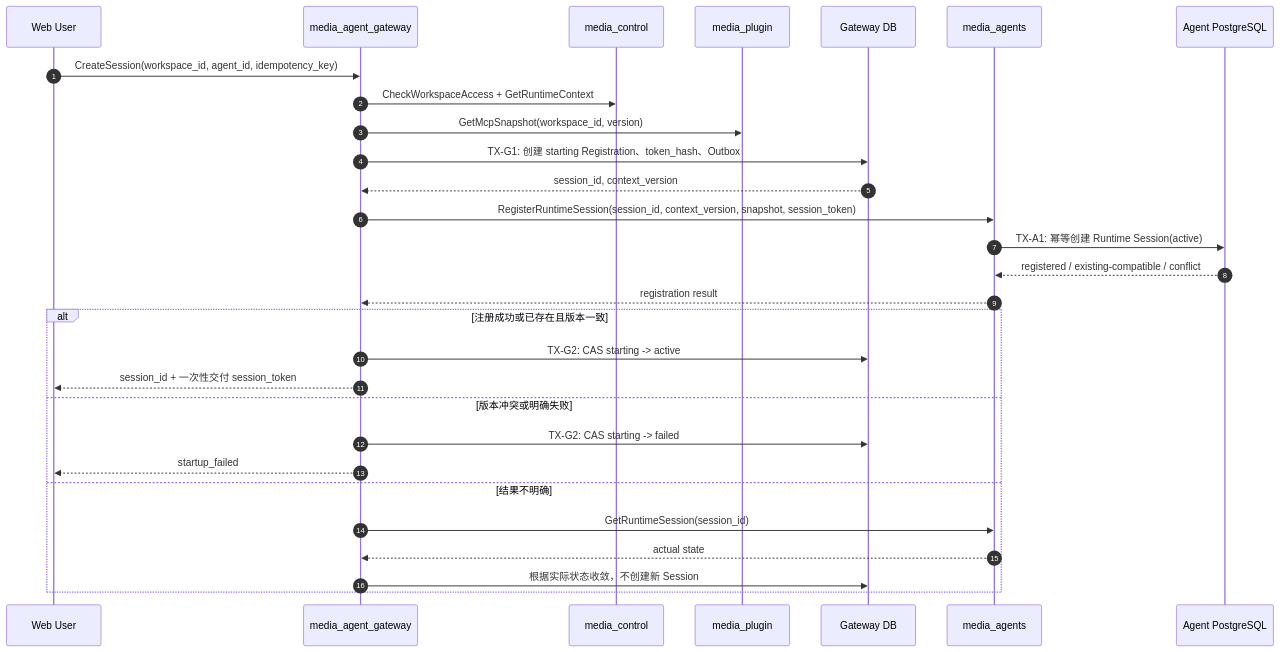
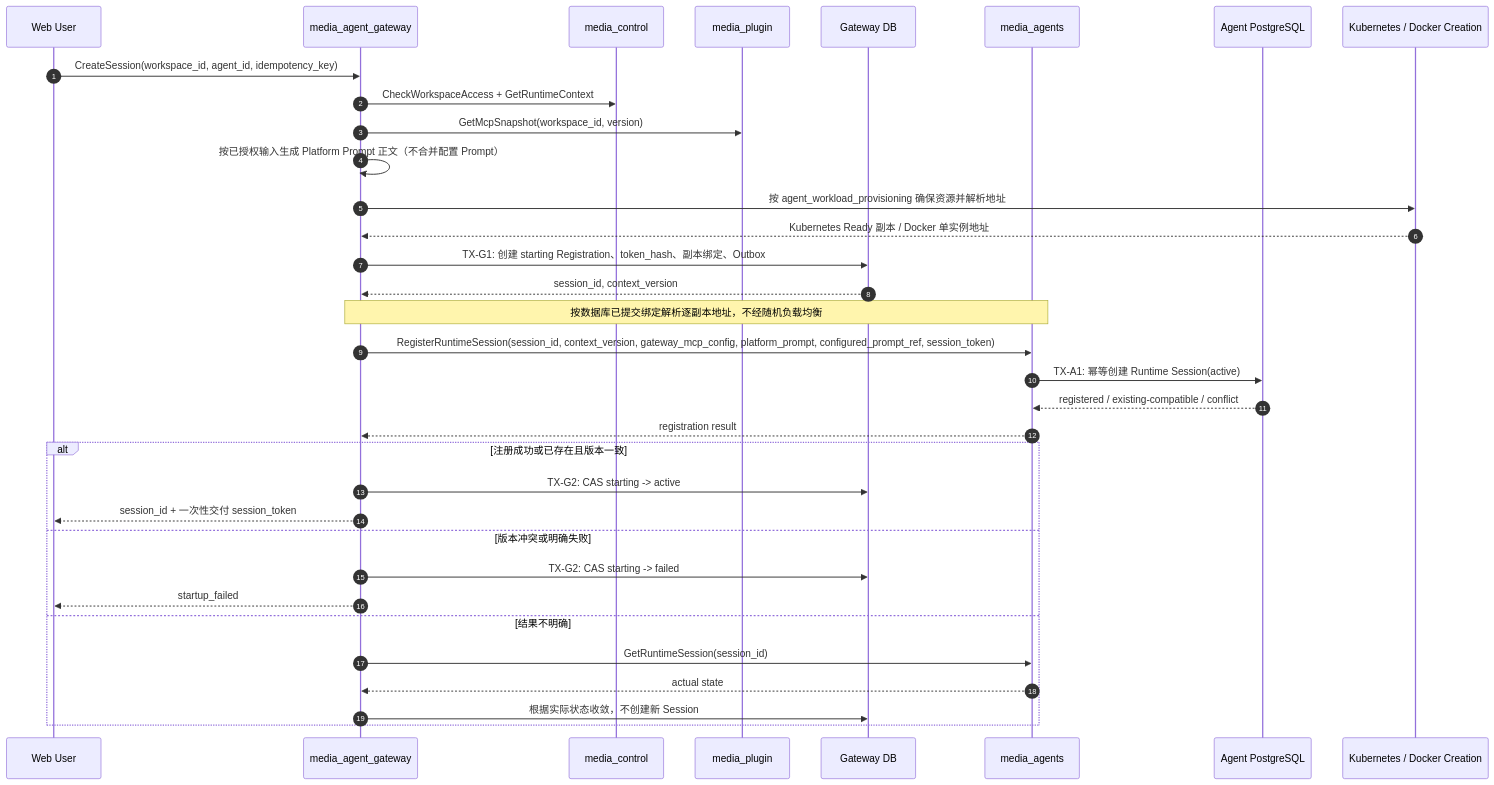
Before and after one commit to hotttao/media_agent: the diagram in docs/ddd/workflow/0002-agent-session-startup/agent_session_startup.md, drawn with Mermaid. The commit also changed other lines of this file and 355 other files, not shown here.

Commit message:
feat(agent): implement runtime architecture through workload provisioning

````diff
--- a/docs/ddd/workflow/0002-agent-session-startup/agent_session_startup.md
+++ b/docs/ddd/workflow/0002-agent-session-startup/agent_session_startup.md
@@ -29,32 +29,37 @@
 ```mermaid
 sequenceDiagram
     autonumber
     participant U as Web User
     participant G as media_agent_gateway
     participant C as media_control
     participant P as media_plugin
     participant GD as Gateway DB
     participant A as media_agents
     participant AD as Agent PostgreSQL
+    participant K as Kubernetes / Docker Creation
 
     U->>G: CreateSession(workspace_id, agent_id, idempotency_key)
     G->>C: CheckWorkspaceAccess + GetRuntimeContext
     G->>P: GetMcpSnapshot(workspace_id, version)
-    G->>GD: TX-G1: 创建 starting Registration、token_hash、Outbox
+    G->>G: 按已授权输入生成 Platform Prompt 正文（不合并配置 Prompt）
+    G->>K: 按 agent_workload_provisioning 确保资源并解析地址
+    K-->>G: Kubernetes Ready 副本 / Docker 单实例地址
+    G->>GD: TX-G1: 创建 starting Registration、token_hash、副本绑定、Outbox
     GD-->>G: session_id, context_version
-    G->>A: RegisterRuntimeSession(session_id, context_version, snapshot, session_token)
+    Note over G,A: 按数据库已提交绑定解析逐副本地址，不经随机负载均衡
+    G->>A: RegisterRuntimeSession(session_id, context_version, gateway_mcp_config, platform_prompt, configured_prompt_ref, session_token)
     A->>AD: TX-A1: 幂等创建 Runtime Session(active)
     AD-->>A: registered / existing-compatible / conflict
     A-->>G: registration result
     alt 注册成功或已存在且版本一致
         G->>GD: TX-G2: CAS starting -> active
         G-->>U: session_id + 一次性交付 session_token
     else 版本冲突或明确失败
         G->>GD: TX-G2: CAS starting -> failed
         G-->>U: startup_failed
     else 结果不明确
         G->>A: GetRuntimeSession(session_id)
         A-->>G: actual state
         G->>GD: 根据实际状态收敛，不创建新 Session
     end
 ```
````
